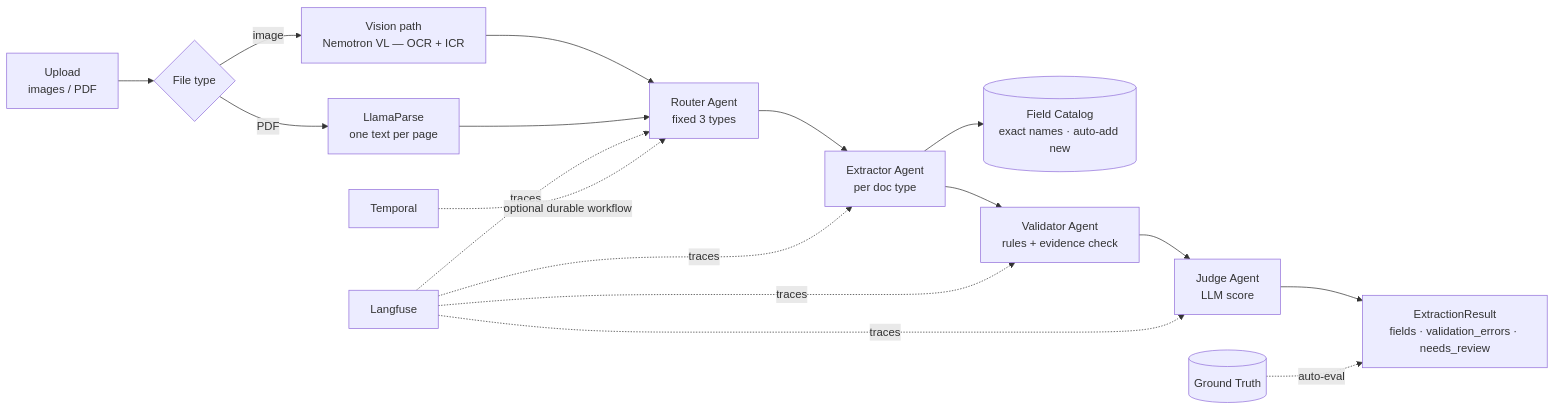
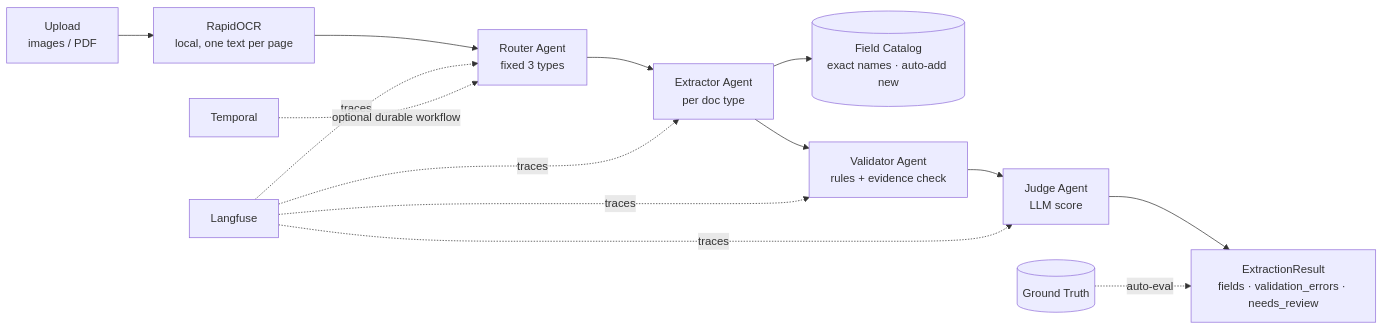
One commit to Phatcharaphon-Hemnon/Configurable-Document-Extraction changed the diagram in docs/architecture.md. Above: the diagram before and after it, drawn with Mermaid. The commit also changed other lines of this file and 423 other files, not shown here.

````diff
--- a/docs/architecture.md
+++ b/docs/architecture.md
@@ -3,16 +3,13 @@
 ```mermaid
 flowchart LR
-    U[Upload<br/>images / PDF] --> P{File type}
-    P -->|image| V[Vision path<br/>Nemotron VL — OCR + ICR]
-    P -->|PDF| L[LlamaParse<br/>one text per page]
-    V --> R
-    L --> R
+    U[Upload<br/>images / PDF] --> P[RapidOCR<br/>local, one text per page]
+    P --> R
     R[Router Agent<br/>fixed 3 types] --> E[Extractor Agent<br/>per doc type]
     E --> C[(Field Catalog<br/>exact names · auto-add new)]
     E --> VA[Validator Agent<br/>rules + evidence check]
     VA --> J[Judge Agent<br/>LLM score]
     J --> O[ExtractionResult<br/>fields · validation_errors · needs_review]
     GT[(Ground Truth)] -.auto-eval.-> O
     LF[Langfuse] -.traces.-> R & E & VA & J
     T[Temporal] -.optional durable workflow.-> R
 ```
````
